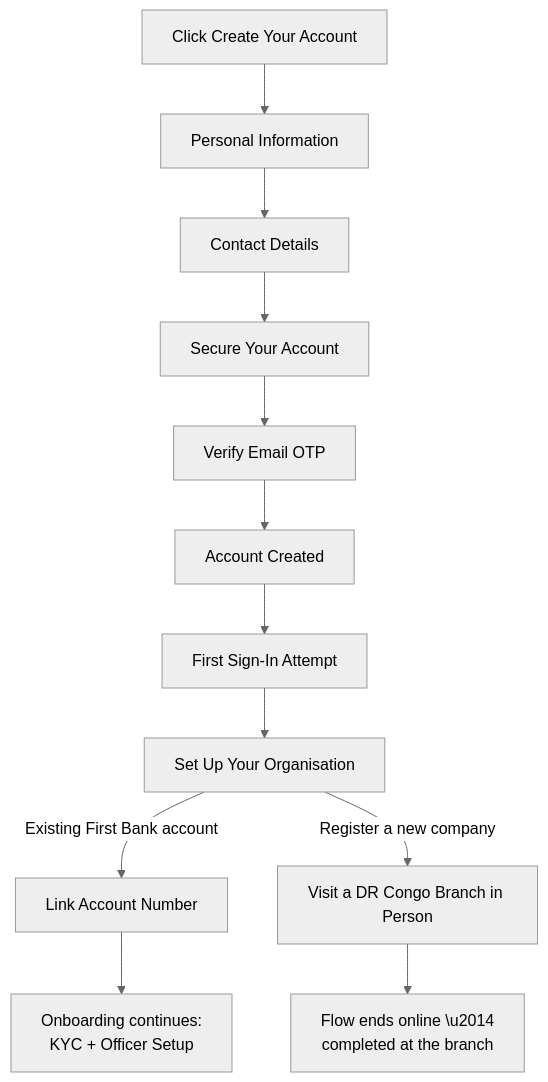
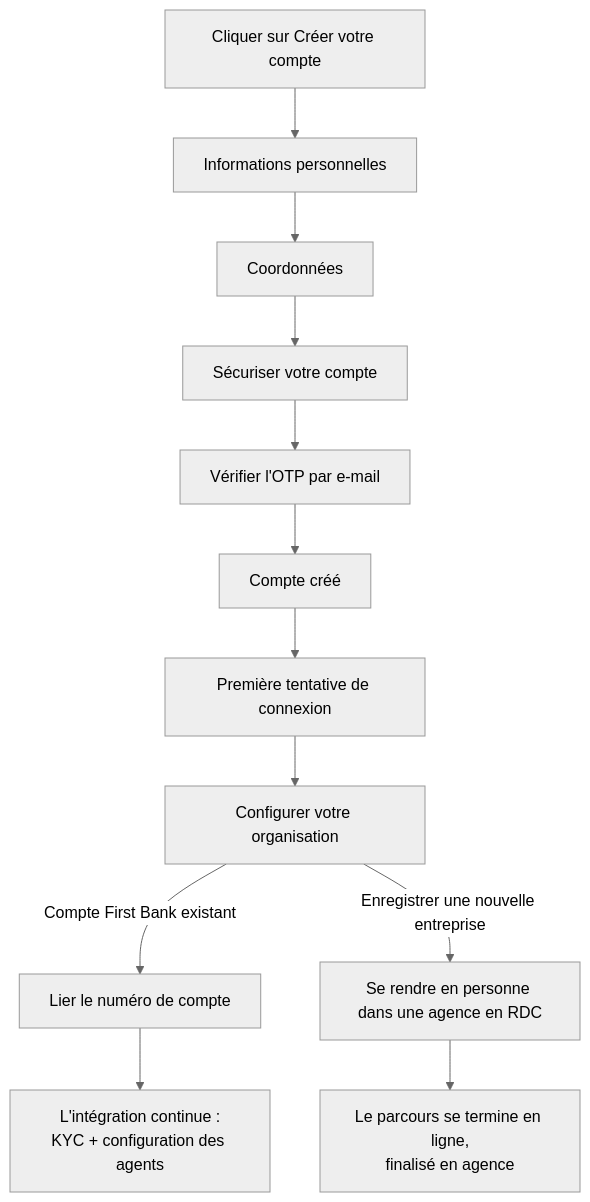
One commit to z3k9/docs changed the diagram in web-portal/sign-up.mdx. Above: the diagram before and after it, drawn with Mermaid (neutral theme). The commit also changed other lines of this file and 120 other files, not shown here.

````diff
--- a/web-portal/sign-up.mdx
+++ b/web-portal/sign-up.mdx
@@ -11,14 +11,14 @@
 ```mermaid
 flowchart TD
-    A[Click Create Your Account] --> B[Personal Information]
-    B --> C[Contact Details]
-    C --> D[Secure Your Account]
-    D --> E[Verify Email OTP]
-    E --> F[Account Created]
-    F --> G[First Sign-In Attempt]
-    G --> H[Set Up Your Organisation]
-    H -->|Existing First Bank account| I[Link Account Number]
-    H -->|Register a new company| J[Visit a DR Congo Branch in Person]
-    I --> K[Onboarding continues:<br/>KYC + Officer Setup]
-    J --> L[Flow ends online \u2014<br/>completed at the branch]
+    A[Cliquer sur Créer votre compte] --> B[Informations personnelles]
+    B --> C[Coordonnées]
+    C --> D[Sécuriser votre compte]
+    D --> E[Vérifier l'OTP par e-mail]
+    E --> F[Compte créé]
+    F --> G[Première tentative de connexion]
+    G --> H[Configurer votre organisation]
+    H -->|Compte First Bank existant| I[Lier le numéro de compte]
+    H -->|Enregistrer une nouvelle entreprise| J[Se rendre en personne dans une agence en RDC]
+    I --> K[L'intégration continue :<br/>KYC + configuration des agents]
+    J --> L[Le parcours se termine en ligne,<br/>finalisé en agence]
 ```
````
